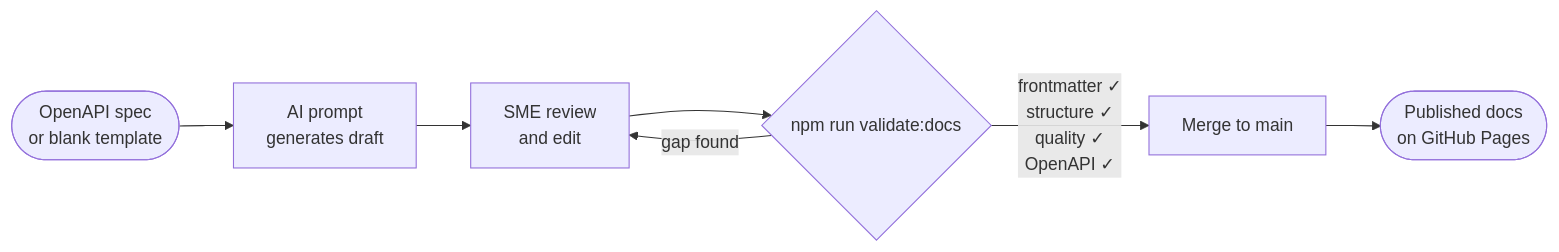
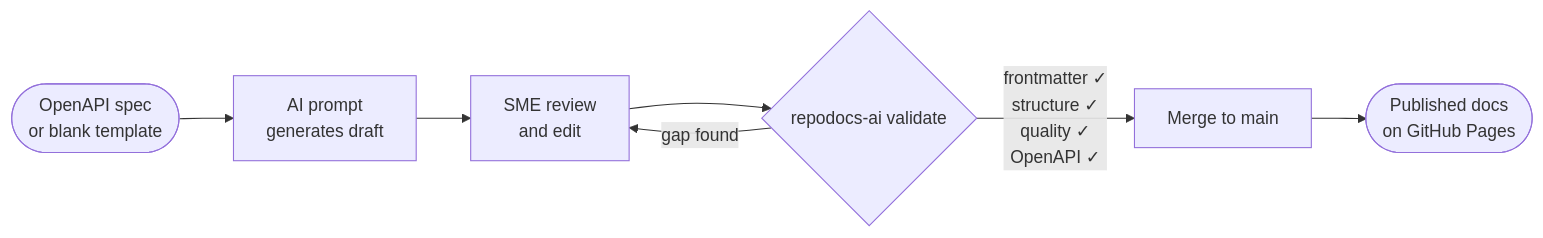
The diagram in README.md (SulagnaSasmal/repodocs-ai), drawn with Mermaid before and after one commit. The commit also changed other lines of this file and 4 other files, not shown here.

````diff
--- a/README.md
+++ b/README.md
@@ -95,9 +95,9 @@
 ```mermaid
 flowchart LR
     A([OpenAPI spec\nor blank template]) --> B[AI prompt\ngenerates draft]
     B --> C[SME review\nand edit]
-    C --> D{npm run validate:docs}
+    C --> D{repodocs-ai validate}
     D -->|frontmatter ✓\nstructure ✓\nquality ✓\nOpenAPI ✓| E[Merge to main]
     D -->|gap found| C
     E --> F([Published docs\non GitHub Pages])
 ```
````
